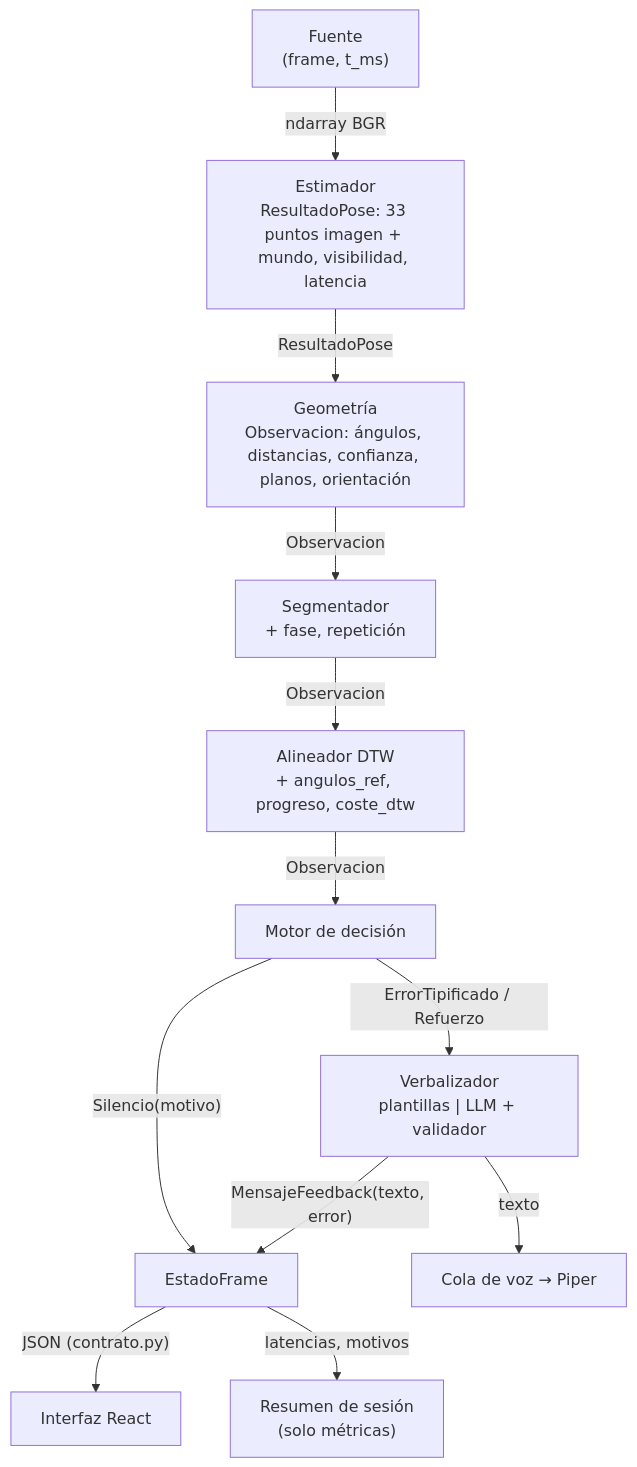
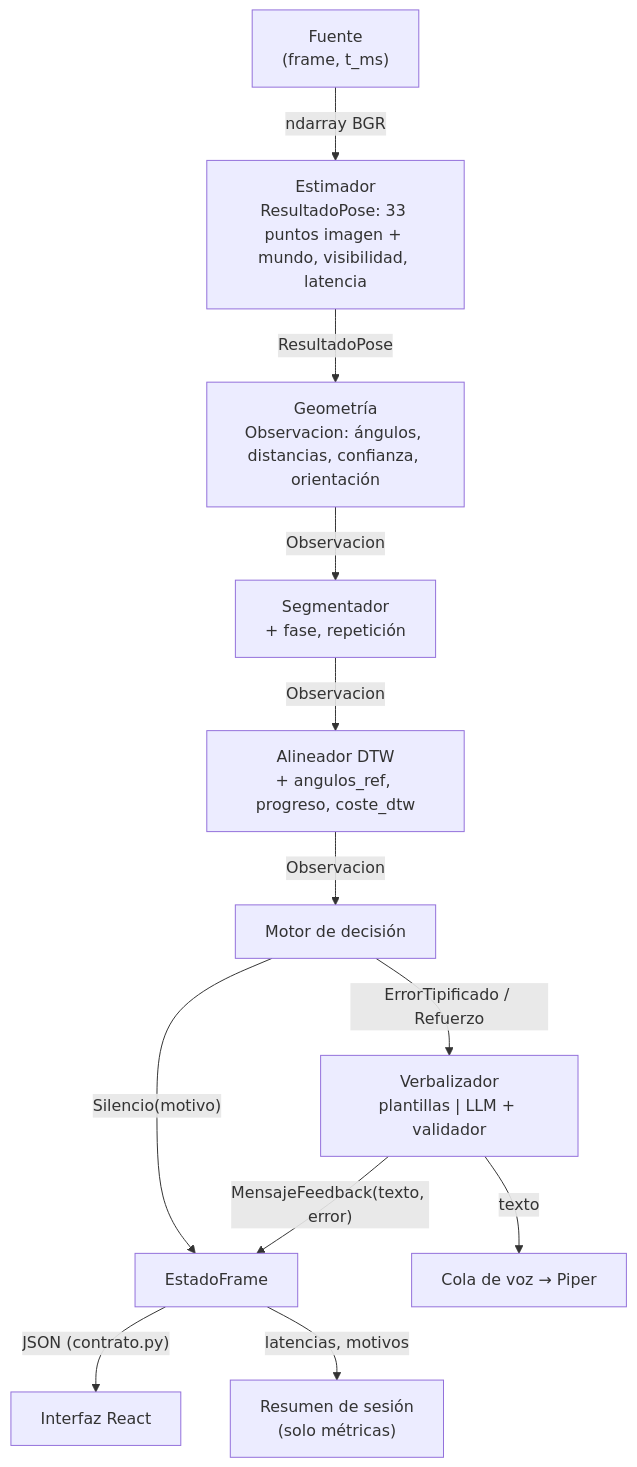
One commit to isaAJ05/ESTELA changed the second of 2 diagrams in SegundoInforme.md. Above: the diagram before and after it, drawn with Mermaid. The commit also changed other lines of this file and 9 other files, not shown here.

````diff
--- a/SegundoInforme.md
+++ b/SegundoInforme.md
@@ -539,14 +552,14 @@
 ```mermaid
 flowchart TB
   F["Fuente<br>(frame, t_ms)"] -->|"ndarray BGR"| E["Estimador<br>ResultadoPose: 33 puntos imagen + mundo, visibilidad, latencia"]
-  E -->|"ResultadoPose"| G["Geometría<br>Observacion: ángulos, distancias, confianza, planos, orientación"]
+  E -->|"ResultadoPose"| G["Geometría<br>Observacion: ángulos, distancias, confianza, orientación"]
   G -->|"Observacion"| S["Segmentador<br>+ fase, repetición"]
   S -->|"Observacion"| D["Alineador DTW<br>+ angulos_ref, progreso, coste_dtw"]
   D -->|"Observacion"| M["Motor de decisión"]
   M -->|"Silencio(motivo)"| ST["EstadoFrame"]
   M -->|"ErrorTipificado / Refuerzo"| VB["Verbalizador<br>plantillas | LLM + validador"]
   VB -->|"MensajeFeedback(texto, error)"| ST
   VB -->|"texto"| Q["Cola de voz → Piper"]
   ST -->|"JSON (contrato.py)"| UI["Interfaz React"]
   ST -->|"latencias, motivos"| R["Resumen de sesión<br>(solo métricas)"]
 ```
````
